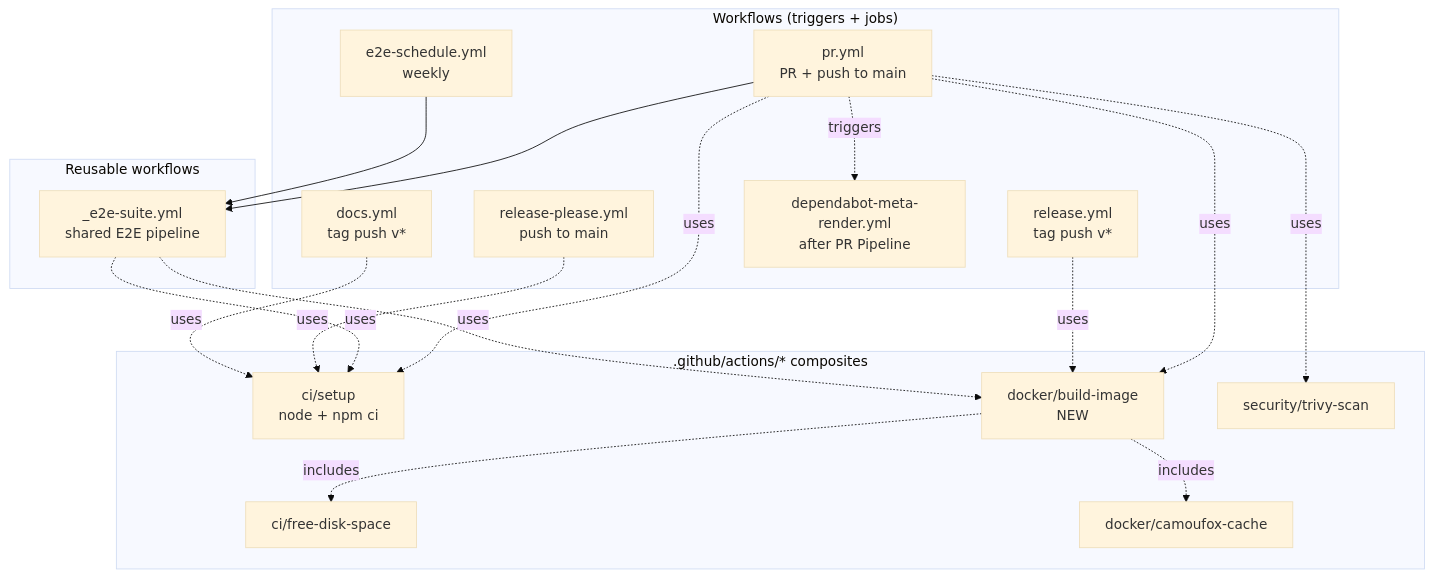
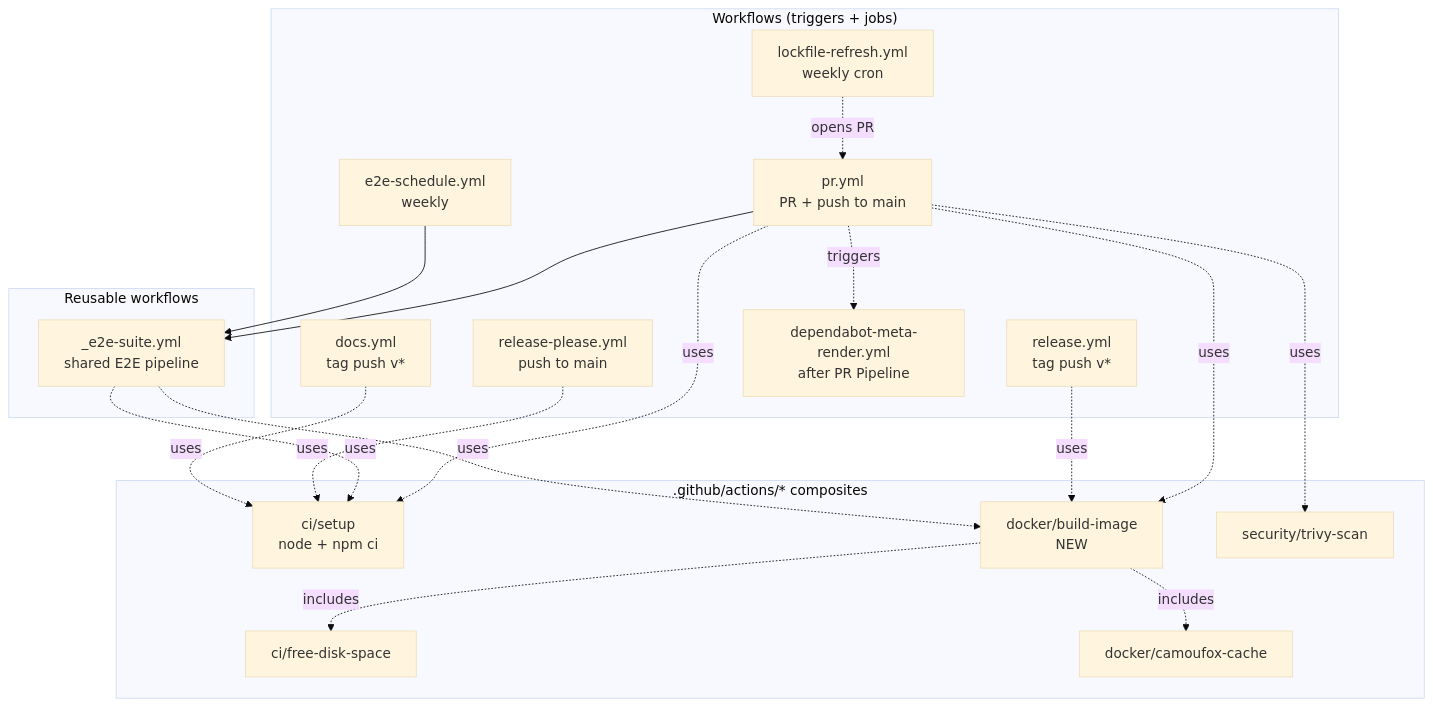
The first of 2 diagrams in docs/architecture/ci-pipeline.md (sergienko4/israeli-bank-scrapers-to-actual-budget), drawn with Mermaid (base theme) before and after one commit. The commit also changed other lines of this file and 9 other files, not shown here.

First line of the commit message:
chore(ci): refresh lockfile pins on a schedule (#674)

````diff
--- a/docs/architecture/ci-pipeline.md
+++ b/docs/architecture/ci-pipeline.md
@@ -20,37 +20,39 @@
 ```mermaid
 graph TD
   subgraph Workflows["Workflows (triggers + jobs)"]
     PR[pr.yml<br/>PR + push to main]
     REL[release.yml<br/>tag push v*]
     SCH[release-please.yml<br/>push to main]
     DOCS[docs.yml<br/>tag push v*]
     E2ES[e2e-schedule.yml<br/>weekly]
+    LFR[lockfile-refresh.yml<br/>weekly cron]
     DMR[dependabot-meta-render.yml<br/>after PR Pipeline]
   end
 
   subgraph Reusable["Reusable workflows"]
     E2E[_e2e-suite.yml<br/>shared E2E pipeline]
   end
 
   subgraph Composites[".github/actions/* composites"]
     SETUP[ci/setup<br/>node + npm ci]
     FREE[ci/free-disk-space]
     CAM[docker/camoufox-cache]
     BUILD[docker/build-image<br/>NEW]
     TRIVY[security/trivy-scan]
   end
 
   PR --> E2E
   PR -.triggers.-> DMR
   E2ES --> E2E
+  LFR -.opens PR.-> PR
   PR -.uses.-> SETUP
   PR -.uses.-> BUILD
   PR -.uses.-> TRIVY
   REL -.uses.-> BUILD
   E2E -.uses.-> SETUP
   E2E -.uses.-> BUILD
   SCH -.uses.-> SETUP
   DOCS -.uses.-> SETUP
   BUILD -.includes.-> FREE
   BUILD -.includes.-> CAM
 ```
````
